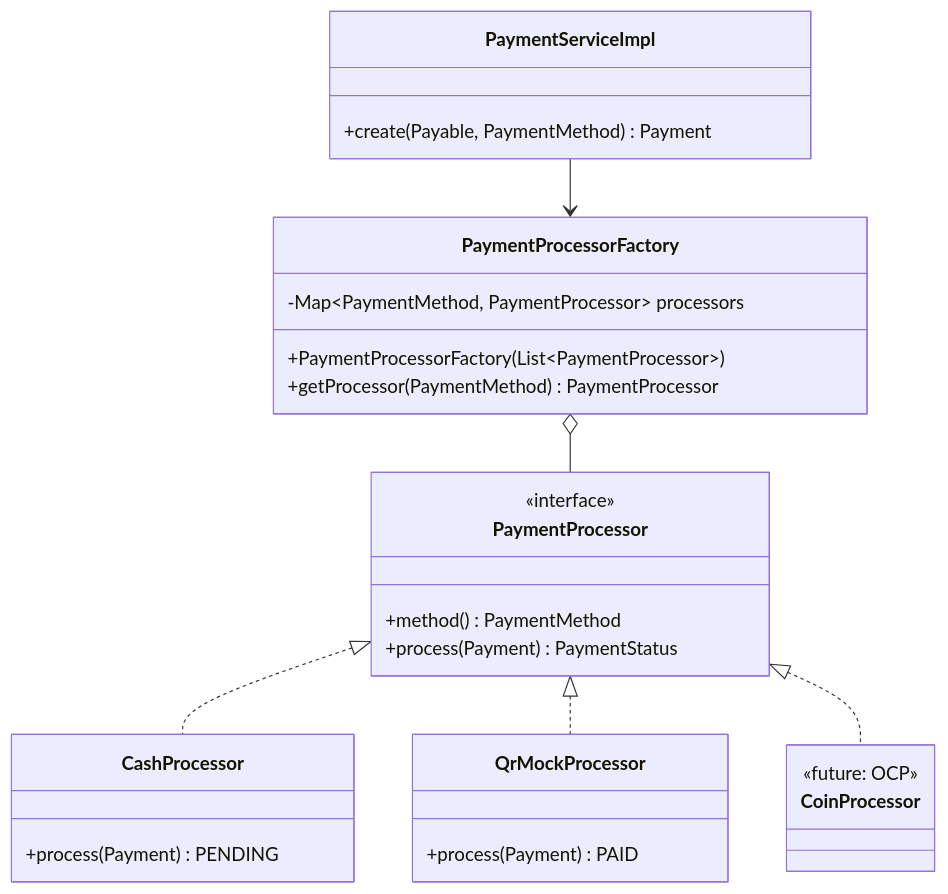
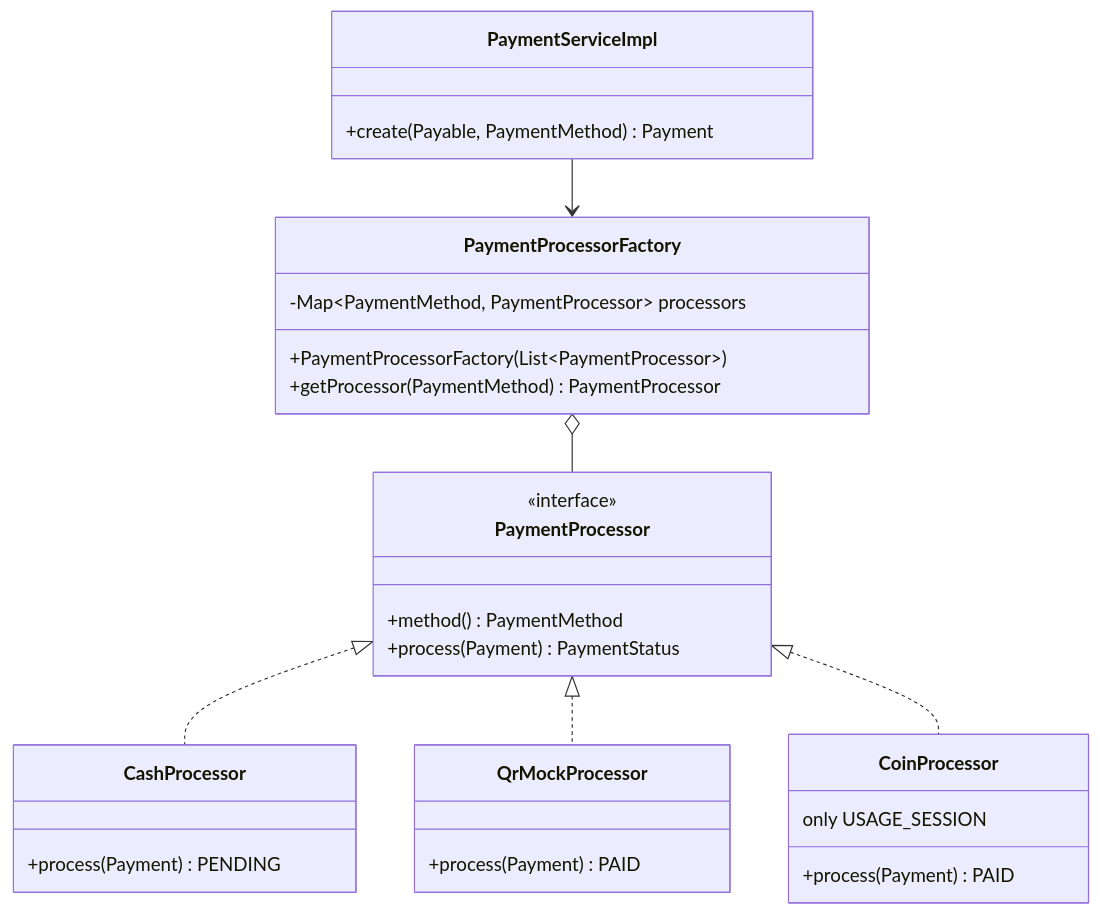
One commit to Oakiez/Laundry-Hub changed the second of 3 diagrams in doc/sections/design-patterns-shogun.md. Above: the diagram before and after it, drawn with Mermaid. The commit also changed other lines of this file and 1 other file, not shown here.

Commit message:
docs: reference CoinProcessor in SOLID and design pattern notes

````diff
--- a/doc/sections/design-patterns-shogun.md
+++ b/doc/sections/design-patterns-shogun.md
@@ -69,30 +69,31 @@
 ```mermaid
 classDiagram
     class PaymentProcessor {
         <<interface>>
         +method() PaymentMethod
         +process(Payment) PaymentStatus
     }
     class CashProcessor {
         +process(Payment) PENDING
     }
     class QrMockProcessor {
         +process(Payment) PAID
     }
     class CoinProcessor {
-        <<future: OCP>>
+        +process(Payment) PAID
+        only USAGE_SESSION
     }
     class PaymentProcessorFactory {
         -Map~PaymentMethod, PaymentProcessor~ processors
         +PaymentProcessorFactory(List~PaymentProcessor~)
         +getProcessor(PaymentMethod) PaymentProcessor
     }
     class PaymentServiceImpl {
         +create(Payable, PaymentMethod) Payment
     }
     PaymentProcessor <|.. CashProcessor
     PaymentProcessor <|.. QrMockProcessor
     PaymentProcessor <|.. CoinProcessor
     PaymentProcessorFactory o-- PaymentProcessor
     PaymentServiceImpl --> PaymentProcessorFactory
 ```
````
